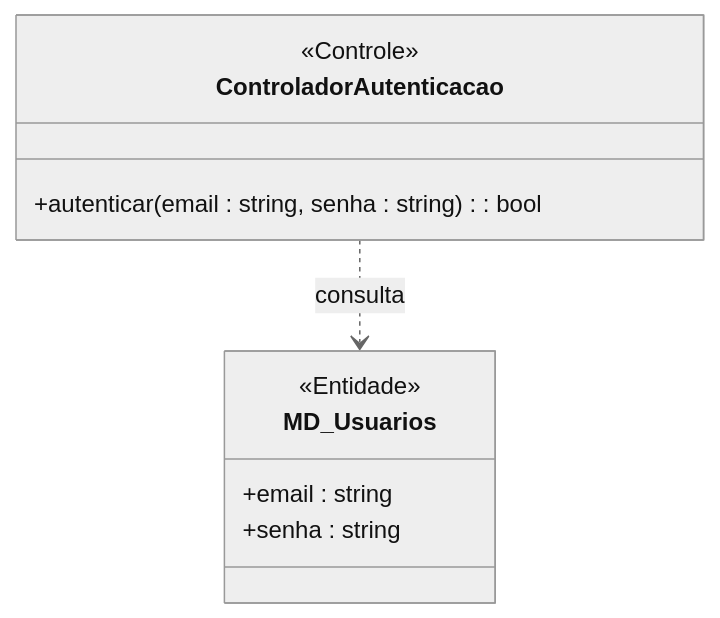
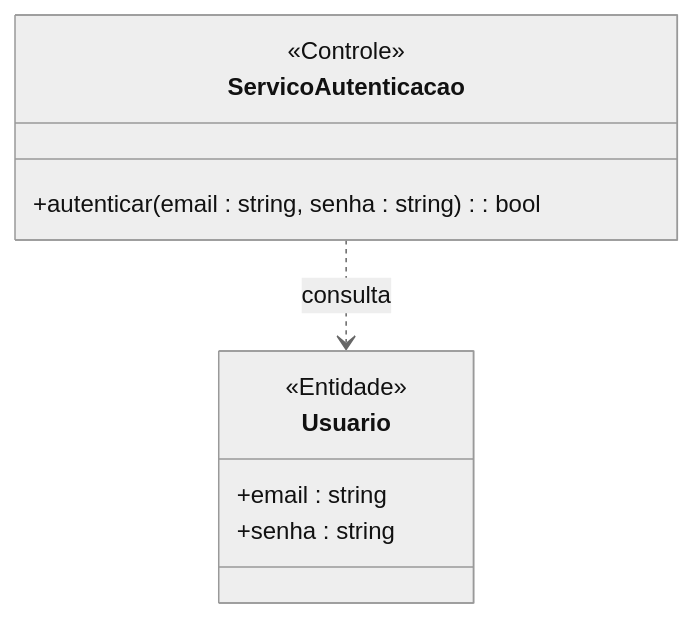
One commit to MayconDIS/PIM_III-Documentacao_UML changed the first of 2 diagrams in PIM_III/02_Modelagem_UML_Astah/UC01_Realizar_Login/README.md. Above: the diagram before and after it, drawn with Mermaid (neutral theme). The commit also changed other lines of this file and 86 other files, not shown here.

Commit message:
docs(uml): add comprehensive UML diagrams and tutorials for all 15 use cases

````diff
--- a/PIM_III/02_Modelagem_UML_Astah/UC01_Realizar_Login/README.md
+++ b/PIM_III/02_Modelagem_UML_Astah/UC01_Realizar_Login/README.md
@@ -43,13 +43,13 @@
 ```mermaid
 classDiagram
-    class MD_Usuarios {
+    class Usuario {
         <<Entidade>>
         +email : string
         +senha : string
     }
-    class ControladorAutenticacao {
+    class ServicoAutenticacao {
         <<Controle>>
         +autenticar(email : string, senha : string) : bool
     }
-    ControladorAutenticacao ..> MD_Usuarios : consulta
+    ServicoAutenticacao ..> Usuario : consulta
 ```
````
